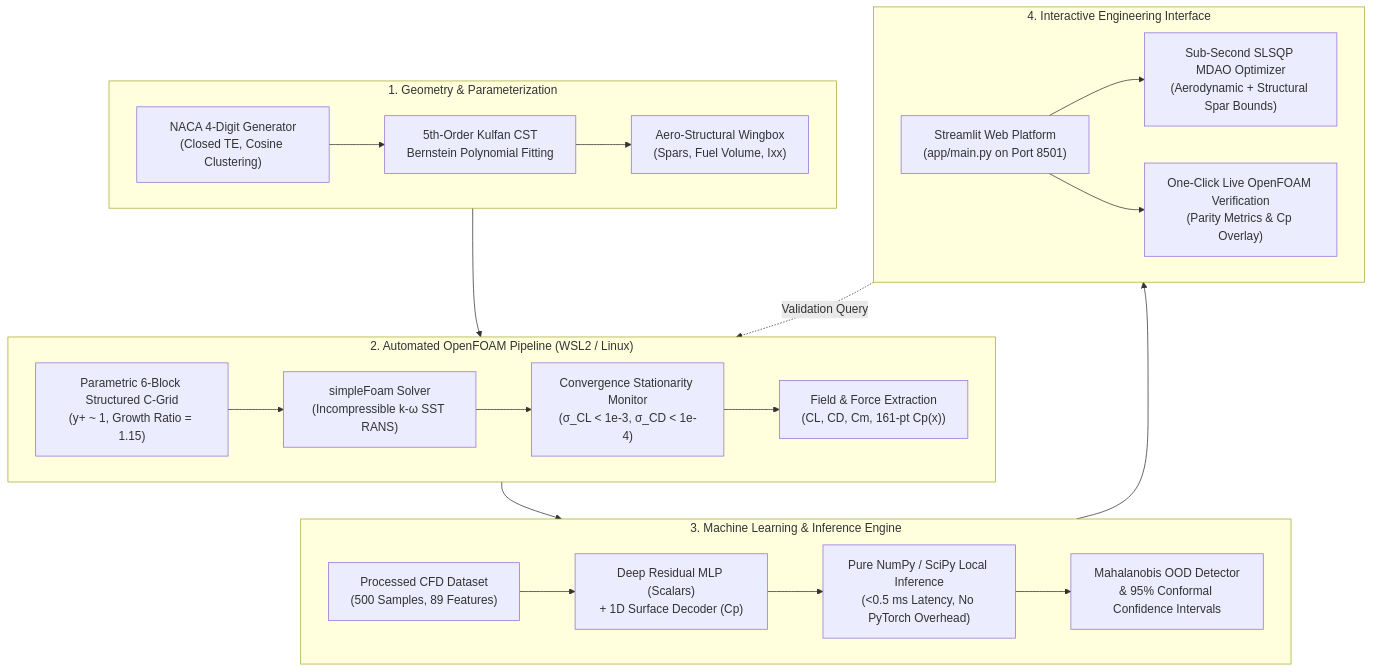
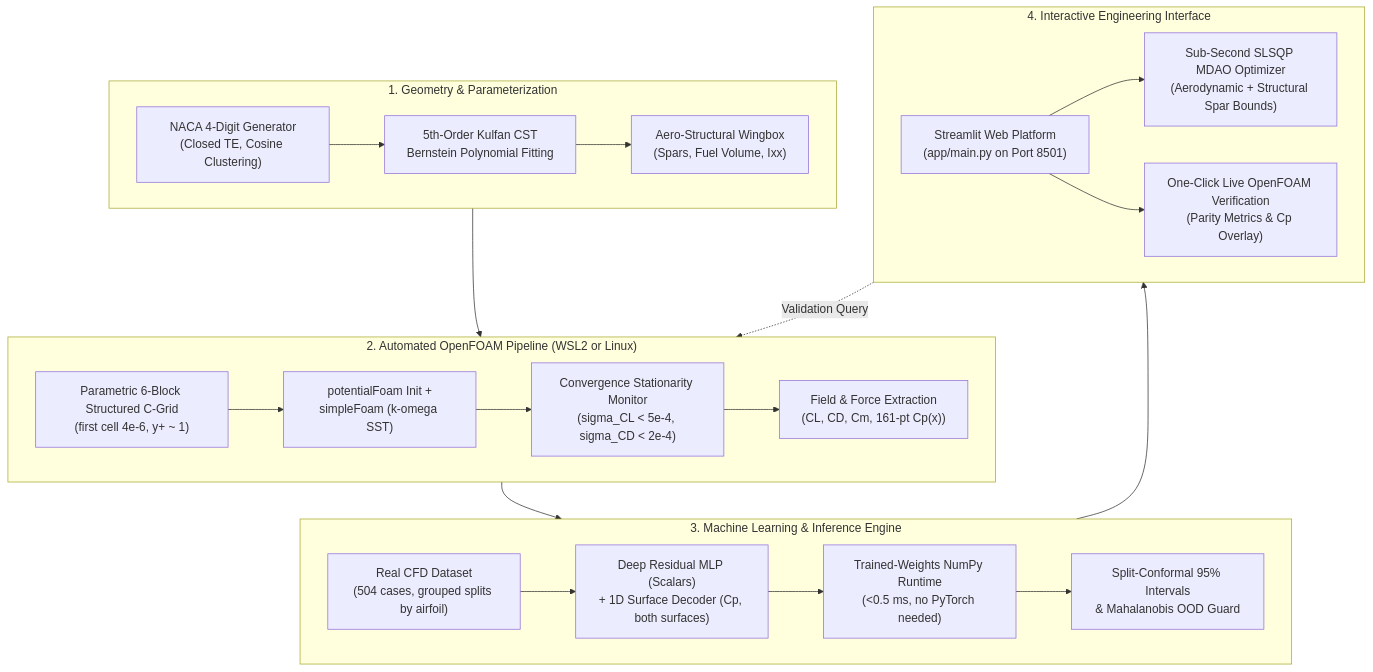
Before and after one commit to BLACKNIGHT-cloud12/NeuroFoil-Core: the diagram in README.md, drawn with Mermaid. The commit also changed other lines of this file and 8 other files, not shown here.

````diff
--- a/README.md
+++ b/README.md
@@ -11,31 +24,30 @@
 ```mermaid
 flowchart TD
     subgraph Geometry["1. Geometry & Parameterization"]
         A["NACA 4-Digit Generator\n(Closed TE, Cosine Clustering)"] --> B["5th-Order Kulfan CST\nBernstein Polynomial Fitting"]
         B --> C["Aero-Structural Wingbox\n(Spars, Fuel Volume, Ixx)"]
     end
 
-    subgraph CFD["2. Automated OpenFOAM Pipeline (WSL2 / Linux)"]
-        D["Parametric 6-Block Structured C-Grid\n(y+ ~ 1, Growth Ratio = 1.15)"]
-        D --> E["simpleFoam Solver\n(Incompressible k-ω SST RANS)"]
-        E --> F["Convergence Stationarity Monitor\n(σ_CL < 1e-3, σ_CD < 1e-4)"]
+    subgraph CFD["2. Automated OpenFOAM Pipeline (WSL2 or Linux)"]
+        D["Parametric 6-Block Structured C-Grid\n(first cell 4e-6, y+ ~ 1)"] --> E["potentialFoam Init +\nsimpleFoam (k-omega SST)"]
+        E --> F["Convergence Stationarity Monitor\n(sigma_CL < 5e-4, sigma_CD < 2e-4)"]
         F --> G["Field & Force Extraction\n(CL, CD, Cm, 161-pt Cp(x))"]
     end
 
     subgraph SciML["3. Machine Learning & Inference Engine"]
-        H["Processed CFD Dataset\n(500 Samples, 89 Features)"] --> I["Deep Residual MLP (Scalars)\n+ 1D Surface Decoder (Cp)"]
-        I --> J["Pure NumPy / SciPy Local Inference\n(<0.5 ms Latency, No PyTorch Overhead)"]
-        J --> K["Mahalanobis OOD Detector\n& 95% Conformal Confidence Intervals"]
+        H["Real CFD Dataset\n(504 cases, grouped splits by airfoil)"] --> I["Deep Residual MLP (Scalars)\n+ 1D Surface Decoder (Cp, both surfaces)"]
+        I --> J["Trained-Weights NumPy Runtime\n(<0.5 ms, no PyTorch needed)"]
+        J --> K["Split-Conformal 95% Intervals\n& Mahalanobis OOD Guard"]
     end
 
     subgraph Application["4. Interactive Engineering Interface"]
         L["Streamlit Web Platform\n(app/main.py on Port 8501)"]
         L --> M["Sub-Second SLSQP MDAO Optimizer\n(Aerodynamic + Structural Spar Bounds)"]
         L --> N["One-Click Live OpenFOAM Verification\n(Parity Metrics & Cp Overlay)"]
     end
 
     Geometry --> CFD
     CFD --> SciML
     SciML --> Application
     Application -.->|Validation Query| CFD
 ```
````
